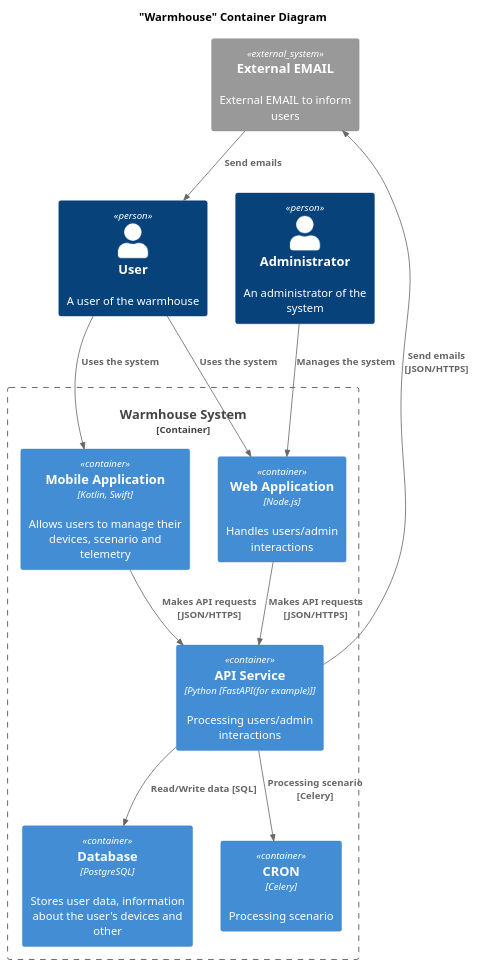
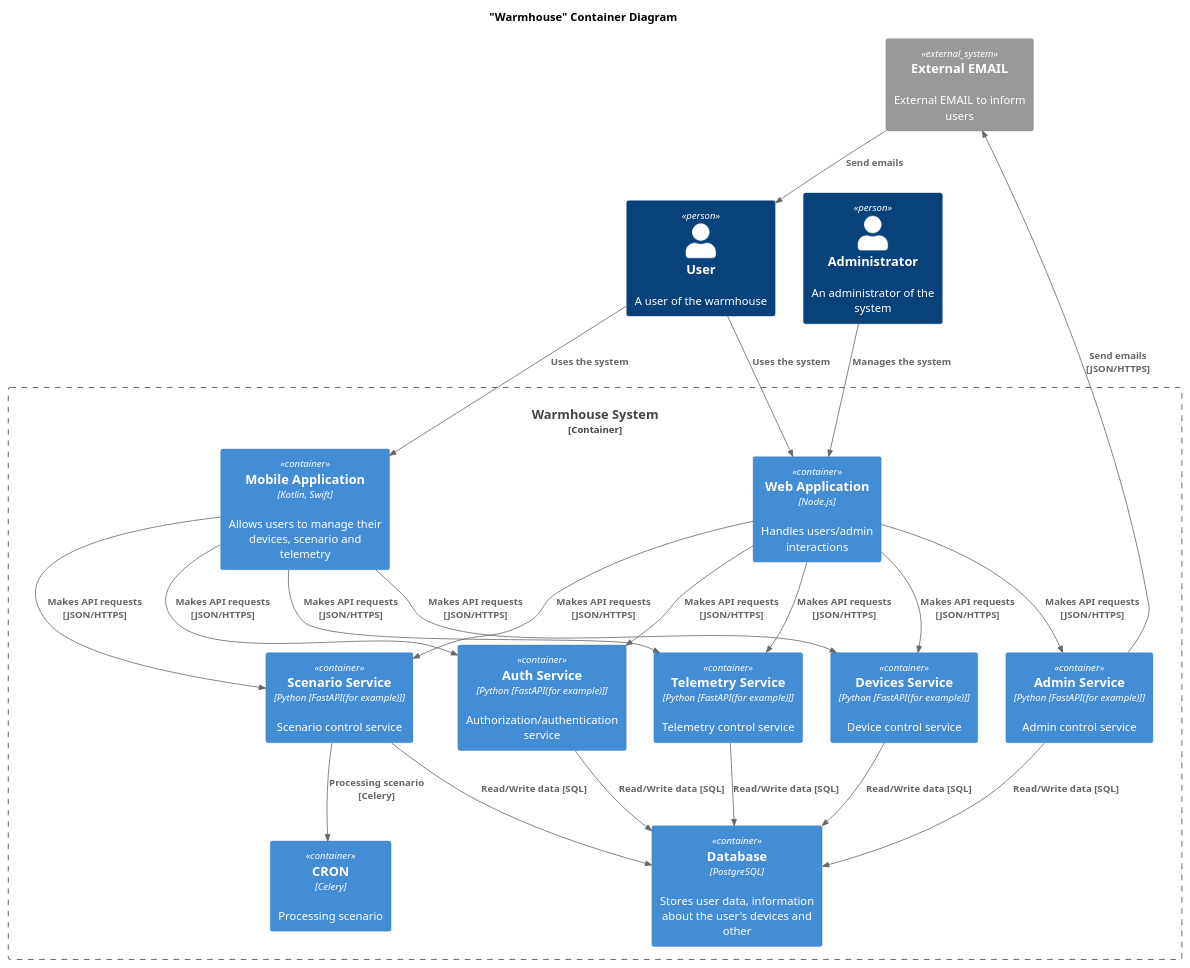
Before and after one commit to mEssiaHofDarK/practicum_arch_sprint_1: the diagram in Container.puml, drawn with PlantUML. The commit also changed 1 other file, not shown here.

Commit message:
fix diagrams

```diff
--- a/Container.puml
+++ b/Container.puml
@@ -1,30 +1,56 @@
 @startuml
 title "Warmhouse" Container Diagram
 top to bottom direction
 !include <C4/C4_Container>
 
 
 Person(user, "User", "A user of the warmhouse")
 Person(admin, "Administrator", "An administrator of the system")
 
 Container_Boundary(WarmhouseSystem, "Warmhouse System") {
   Container(WebApp, "Web Application", "Node.js", "Handles users/admin interactions")
   Container(MobileApp, "Mobile Application", "Kotlin, Swift", "Allows users to manage their devices, scenario and telemetry")
-  Container(API_App, "API Service", "Python [FastAPI(for example)]", "Processing users/admin interactions")
+  Container(auth_service, "Auth Service", "Python [FastAPI(for example)]", "Authorization/authentication service")
+  Container(admin_service, "Admin Service", "Python [FastAPI(for example)]", "Admin control service")
+  Container(devices_service, "Devices Service", "Python [FastAPI(for example)]", "Device control service")
+  Container(telemetry_service, "Telemetry Service", "Python [FastAPI(for example)]", "Telemetry control service")
+  Container(scenario_service, "Scenario Service", "Python [FastAPI(for example)]", "Scenario control service")
   Container(Database, "Database", "PostgreSQL", "Stores user data, information about the user's devices and other")
   Container(CRON, "CRON", "Celery", "Processing scenario")
 }
 
 System_Ext(external_email, "External EMAIL", "External EMAIL to inform users")
 
 Rel(user, WebApp, "Uses the system")
 Rel(user, MobileApp, "Uses the system")
+
 Rel(admin, WebApp,"Manages the system")
+
+
+Rel(WebApp, auth_service, "Makes API requests [JSON/HTTPS]")
+Rel(WebApp, admin_service, "Makes API requests [JSON/HTTPS]")
+Rel(WebApp, devices_service, "Makes API requests [JSON/HTTPS]")
+Rel(WebApp, telemetry_service, "Makes API requests [JSON/HTTPS]")
+Rel(WebApp, scenario_service, "Makes API requests [JSON/HTTPS]")
+
+
+Rel(MobileApp, auth_service, "Makes API requests [JSON/HTTPS]")
+Rel(MobileApp, devices_service, "Makes API requests [JSON/HTTPS]")
+Rel(MobileApp, telemetry_service, "Makes API requests [JSON/HTTPS]")
+Rel(MobileApp, scenario_service, "Makes API requests [JSON/HTTPS]")
+
+
+Rel(admin_service, external_email, "Send emails [JSON/HTTPS]")
+Rel(admin_service, Database, "Read/Write data [SQL]")
+
+Rel(auth_service, Database, "Read/Write data [SQL]")
+
+Rel(scenario_service, CRON, "Processing scenario [Celery]")
+Rel(scenario_service, Database, "Read/Write data [SQL]")
+
+Rel(devices_service, Database, "Read/Write data [SQL]")
+
+Rel(telemetry_service, Database, "Read/Write data [SQL]")
+
 Rel(external_email, user, "Send emails")
-Rel(WebApp, API_App, "Makes API requests [JSON/HTTPS]")
-Rel(MobileApp, API_App, "Makes API requests [JSON/HTTPS]")
-Rel(API_App, external_email, "Send emails [JSON/HTTPS]")
-Rel(API_App, Database, "Read/Write data [SQL]")
-Rel(API_App, CRON, "Processing scenario [Celery]")
-
 @enduml
```
